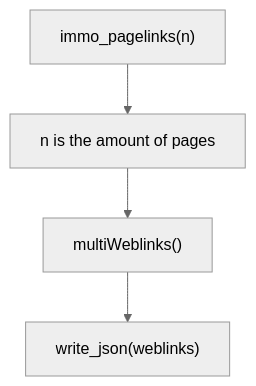
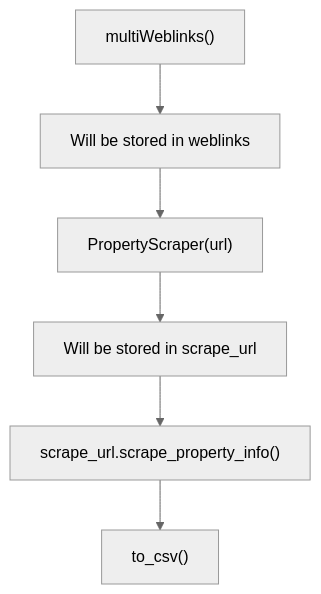
Before and after one commit to NathNacht/immo-eliza-scraping-immozila: the diagram in README.md, drawn with Mermaid (neutral theme). The commit also changed other lines of this file, not shown here.

````diff
--- a/README.md
+++ b/README.md
@@ -43,6 +43,7 @@
 ```mermaid
 graph TD;
-    A["immo_pagelinks(n)"]-->B[n is the amount of pages];
-    B-->C["multiWeblinks()"];
-    C-->D["write_json(weblinks)"];
+    A["multiWeblinks()"]-->B[Will be stored in weblinks];
+    B-->C["PropertyScraper(url)"]-->D[Will be stored in scrape_url];
+    D-->E["scrape_url.scrape_property_info()"];
+    E-->F["to_csv() "];
 ```
````
